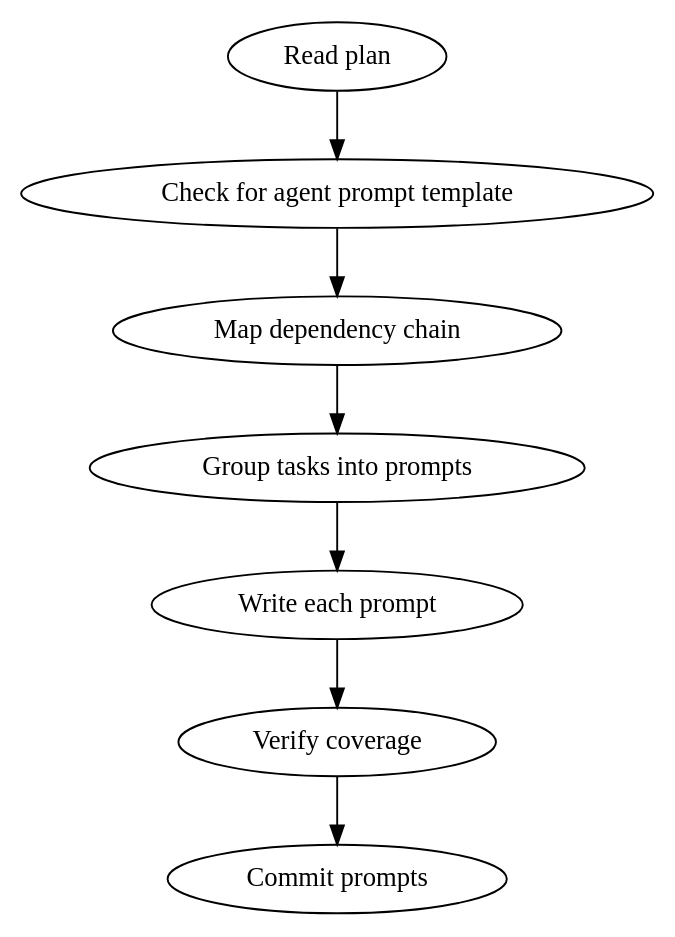
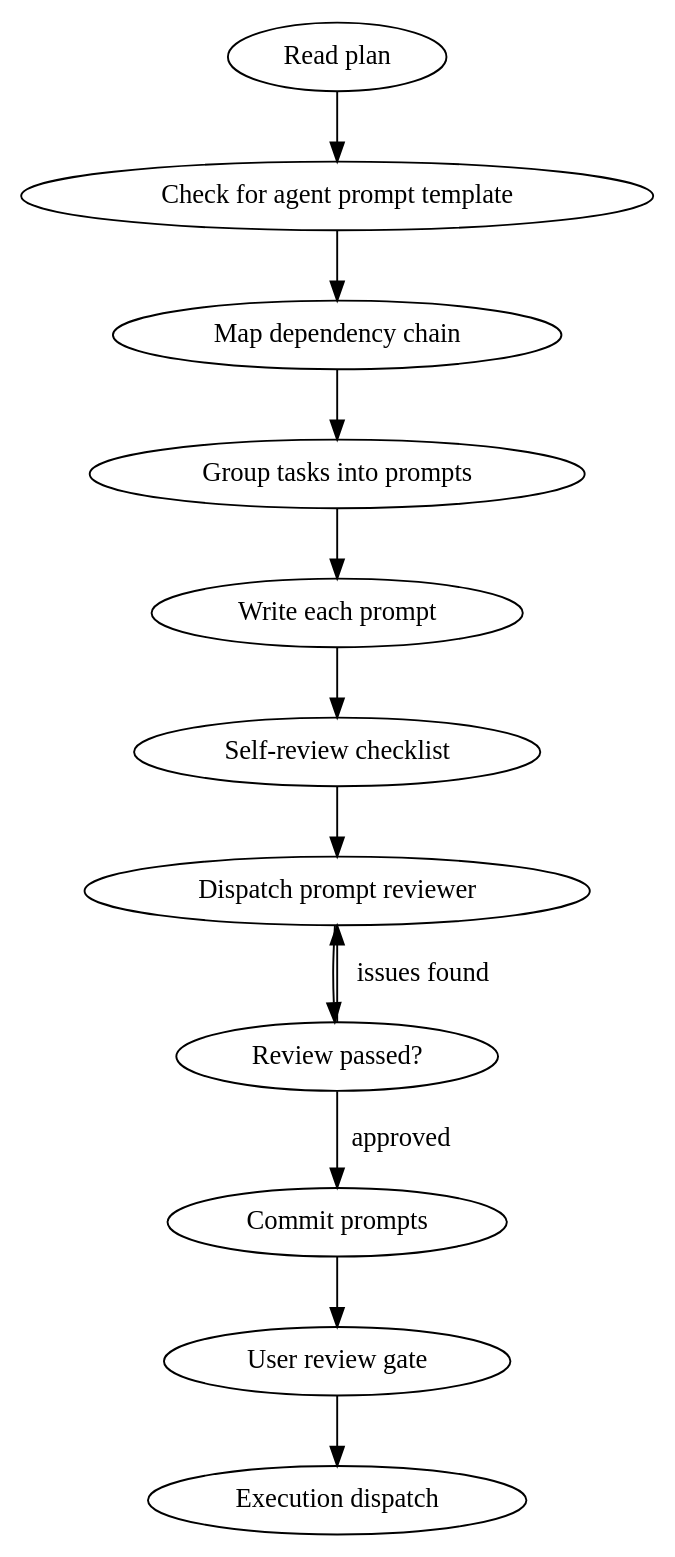
Before and after one commit to jambrose/superpowers: the diagram in skills/writing-execution-prompts/SKILL.md, drawn with Graphviz. The commit also changed other lines of this file and 2 other files, not shown here.

First line of the commit message:
feat: add review loops and user gates to plan and prompt writing skills

````diff
--- a/skills/writing-execution-prompts/SKILL.md
+++ b/skills/writing-execution-prompts/SKILL.md
@@ -24,10 +24,15 @@
 ```dot
 digraph prompt_flow {
   "Read plan" -> "Check for agent prompt template";
   "Check for agent prompt template" -> "Map dependency chain";
   "Map dependency chain" -> "Group tasks into prompts";
   "Group tasks into prompts" -> "Write each prompt";
-  "Write each prompt" -> "Verify coverage";
-  "Verify coverage" -> "Commit prompts";
+  "Write each prompt" -> "Self-review checklist";
+  "Self-review checklist" -> "Dispatch prompt reviewer";
+  "Dispatch prompt reviewer" -> "Review passed?" [shape=diamond];
+  "Review passed?" -> "Dispatch prompt reviewer" [label="issues found"];
+  "Review passed?" -> "Commit prompts" [label="approved"];
+  "Commit prompts" -> "User review gate";
+  "User review gate" -> "Execution dispatch";
 }
 ```
````
